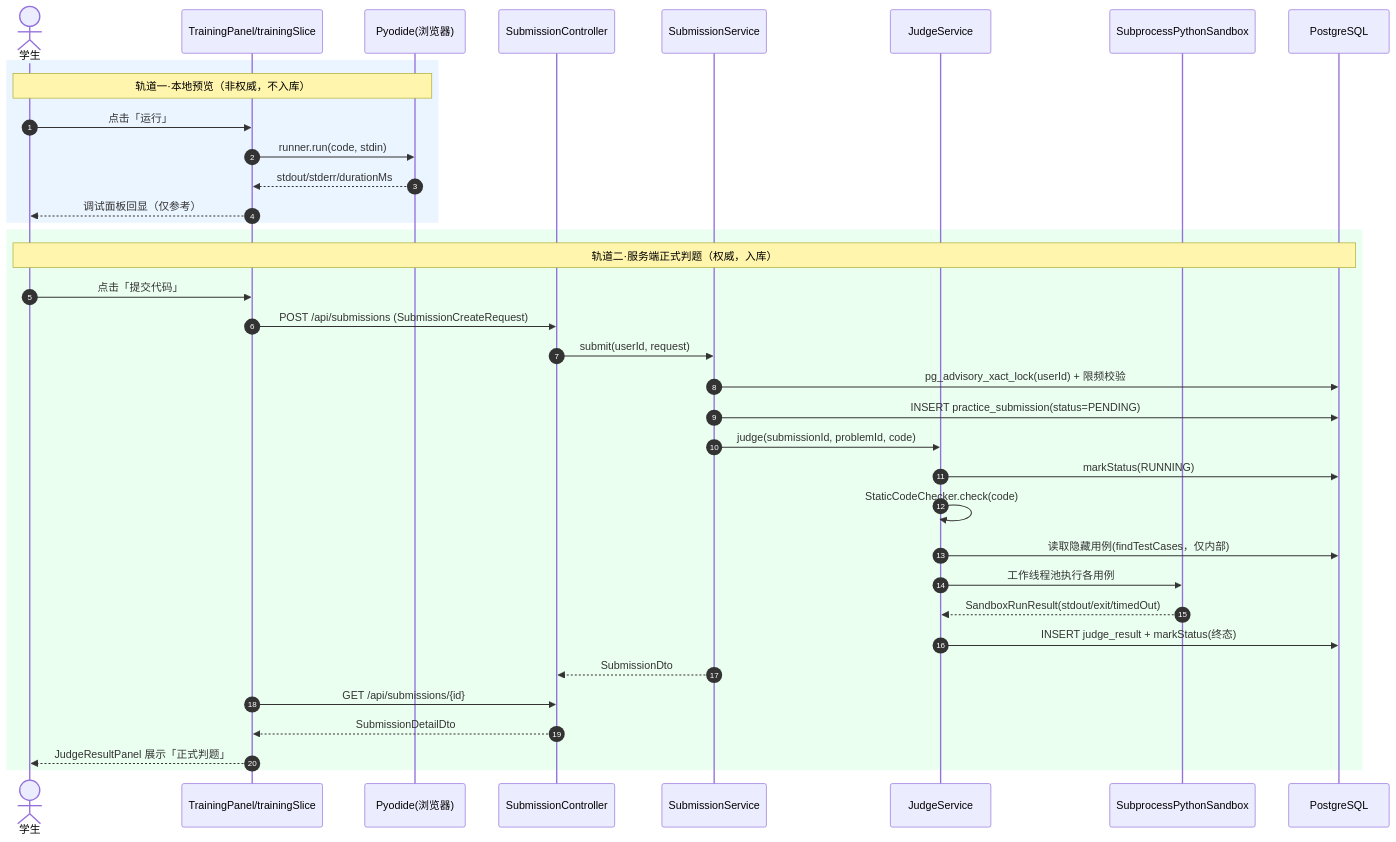
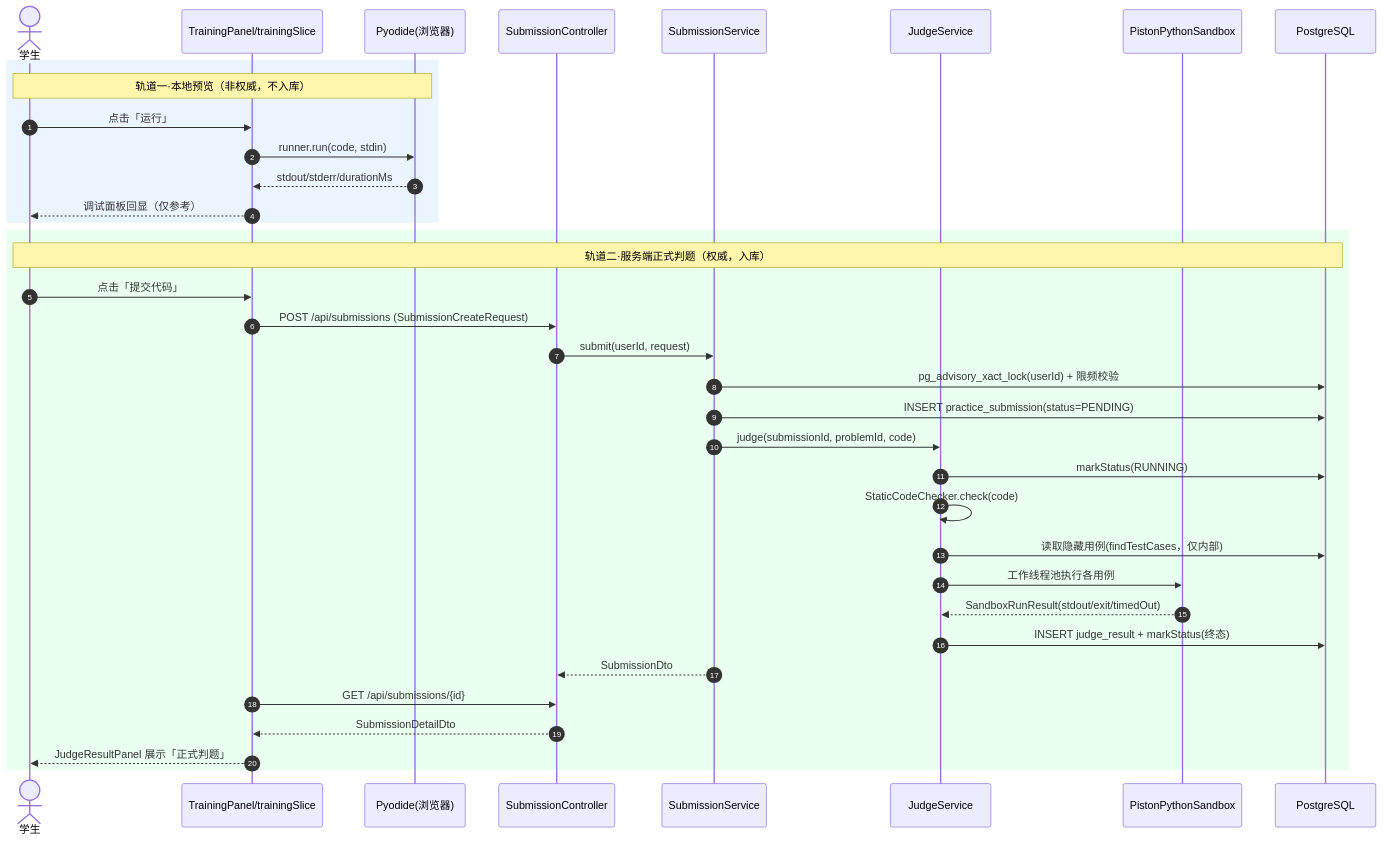
The first of 5 diagrams in docs/course-report/08-M09-详细设计-训练判题.md (cypre5s/Pythontopia), drawn with Mermaid before and after one commit. The commit also changed other lines of this file and 309 other files, not shown here.

Commit message:
Harden DeepSeek tutoring and expedition flows

````diff
--- a/docs/course-report/08-M09-详细设计-训练判题.md
+++ b/docs/course-report/08-M09-详细设计-训练判题.md
@@ -51,40 +51,40 @@
 ```mermaid
 sequenceDiagram
   autonumber
   actor S as 学生
   participant FE as TrainingPanel/trainingSlice
   participant PY as Pyodide(浏览器)
   participant API as SubmissionController
   participant SVC as SubmissionService
   participant JD as JudgeService
-  participant SB as SubprocessPythonSandbox
+  participant SB as PistonPythonSandbox
   participant DB as PostgreSQL
 
   rect rgb(235,245,255)
   note over S,PY: 轨道一·本地预览（非权威，不入库）
   S->>FE: 点击「运行」
   FE->>PY: runner.run(code, stdin)
   PY-->>FE: stdout/stderr/durationMs
   FE-->>S: 调试面板回显（仅参考）
   end
 
   rect rgb(235,255,240)
   note over S,DB: 轨道二·服务端正式判题（权威，入库）
   S->>FE: 点击「提交代码」
   FE->>API: POST /api/submissions (SubmissionCreateRequest)
   API->>SVC: submit(userId, request)
   SVC->>DB: pg_advisory_xact_lock(userId) + 限频校验
   SVC->>DB: INSERT practice_submission(status=PENDING)
   SVC->>JD: judge(submissionId, problemId, code)
   JD->>DB: markStatus(RUNNING)
   JD->>JD: StaticCodeChecker.check(code)
   JD->>DB: 读取隐藏用例(findTestCases，仅内部)
   JD->>SB: 工作线程池执行各用例
   SB-->>JD: SandboxRunResult(stdout/exit/timedOut)
   JD->>DB: INSERT judge_result + markStatus(终态)
   SVC-->>API: SubmissionDto
   FE->>API: GET /api/submissions/{id}
   API-->>FE: SubmissionDetailDto
   FE-->>S: JudgeResultPanel 展示「正式判题」
   end
 ```
````
